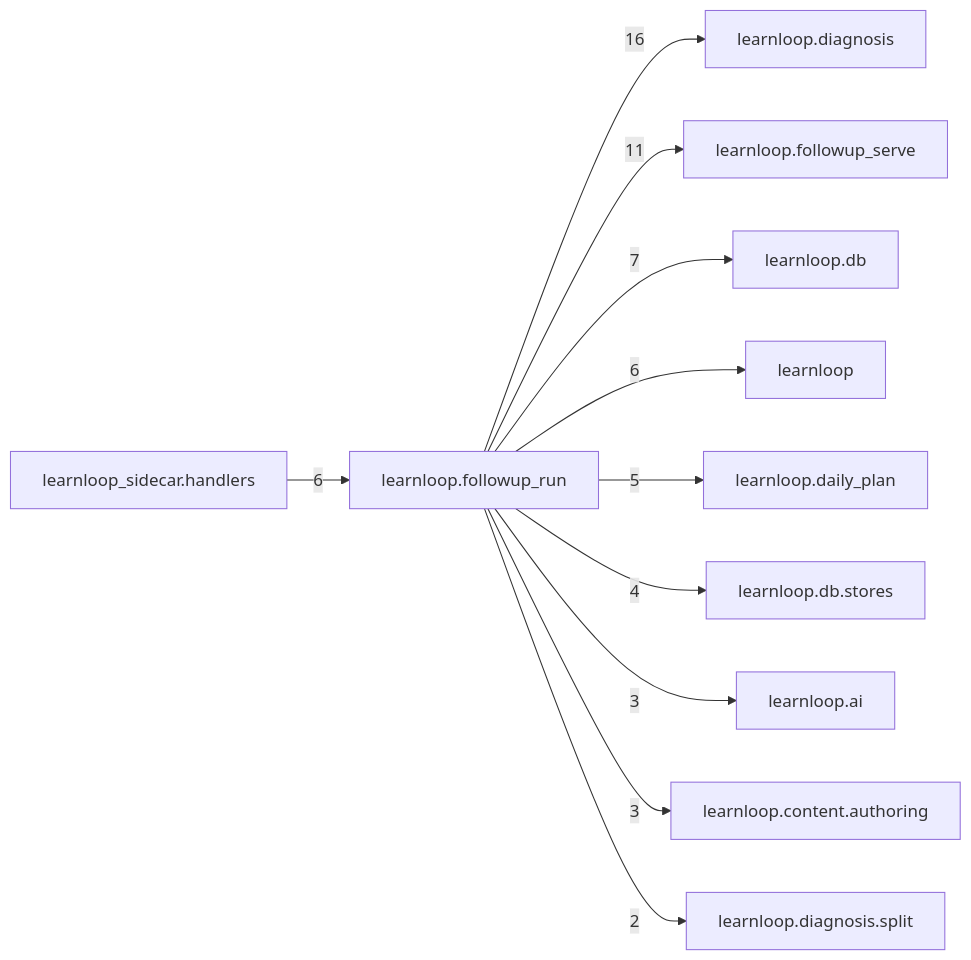
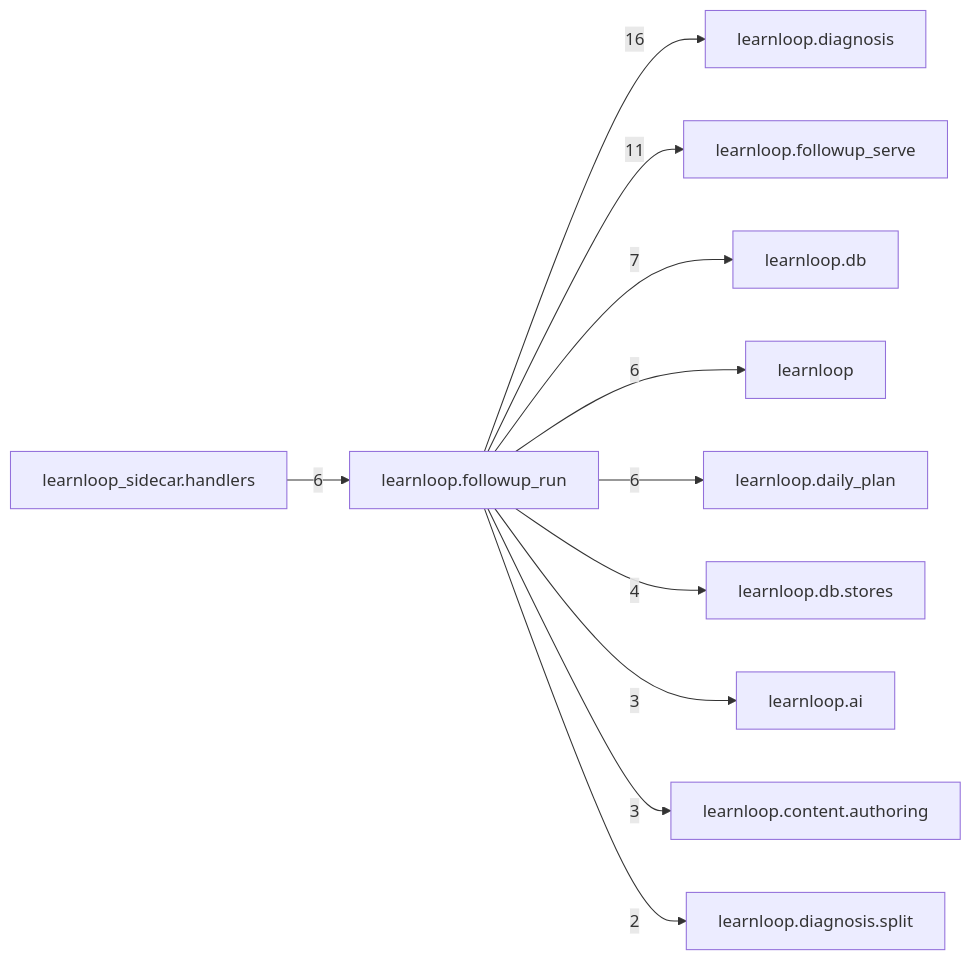
One commit to 6up-b/learnanything changed the diagram in docs/learnloop-architecture-vault/Reference/Modules/learnloop/followup_run/_package.md. Above: the diagram before and after it, drawn with Mermaid. The commit also changed other lines of this file and 495 other files, not shown here.

````diff
--- a/docs/learnloop-architecture-vault/Reference/Modules/learnloop/followup_run/_package.md
+++ b/docs/learnloop-architecture-vault/Reference/Modules/learnloop/followup_run/_package.md
@@ -92,24 +92,24 @@
 ```mermaid
 flowchart LR
     center["learnloop.followup_run"]
     n_learnloop_diagnosis["learnloop.diagnosis"]
     n_learnloop_followup_serve["learnloop.followup_serve"]
     n_learnloop_db["learnloop.db"]
     n_learnloop["learnloop"]
+    n_learnloop_daily_plan["learnloop.daily_plan"]
     n_learnloop_sidecar_handlers["learnloop_sidecar.handlers"]
-    n_learnloop_daily_plan["learnloop.daily_plan"]
     n_learnloop_db_stores["learnloop.db.stores"]
     n_learnloop_ai["learnloop.ai"]
     n_learnloop_content_authoring["learnloop.content.authoring"]
     n_learnloop_diagnosis_split["learnloop.diagnosis.split"]
     center -->|16| n_learnloop_diagnosis
     center -->|11| n_learnloop_followup_serve
     center -->|7| n_learnloop_db
     center -->|6| n_learnloop
+    center -->|6| n_learnloop_daily_plan
     n_learnloop_sidecar_handlers -->|6| center
-    center -->|5| n_learnloop_daily_plan
     center -->|4| n_learnloop_db_stores
     center -->|3| n_learnloop_ai
     center -->|3| n_learnloop_content_authoring
     center -->|2| n_learnloop_diagnosis_split
 ```
````
